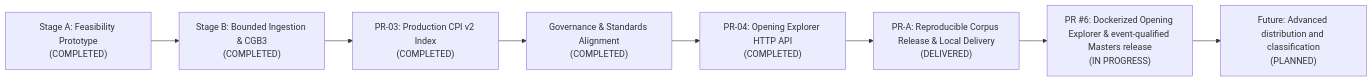
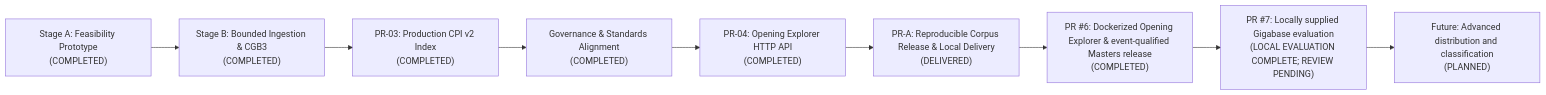
One commit to Nerver-zip/chess-database-api changed the diagram in docs/ROADMAP.md. Above: the diagram before and after it, drawn with Mermaid. The commit also changed other lines of this file and 45 other files, not shown here.

Commit message:
feat(corpus): add local Gigabase evaluation tooling

````diff
--- a/docs/ROADMAP.md
+++ b/docs/ROADMAP.md
@@ -15,10 +15,11 @@
 ```mermaid
 flowchart LR
     M1["Stage A: Feasibility Prototype<br/>(COMPLETED)"] --> M2["Stage B: Bounded Ingestion & CGB3<br/>(COMPLETED)"]
     M2 --> M3["PR-03: Production CPI v2 Index<br/>(COMPLETED)"]
     M3 --> M4["Governance & Standards Alignment<br/>(COMPLETED)"]
     M4 --> M5["PR-04: Opening Explorer HTTP API<br/>(COMPLETED)"]
     M5 --> M5b["PR-A: Reproducible Corpus Release & Local Delivery<br/>(DELIVERED)"]
-    M5b --> M5c["PR #6: Dockerized Opening Explorer & event-qualified Masters release<br/>(IN PROGRESS)"]
-    M5c --> M6["Future: Advanced distribution and classification<br/>(PLANNED)"]
+    M5b --> M5c["PR #6: Dockerized Opening Explorer & event-qualified Masters release<br/>(COMPLETED)"]
+    M5c --> M5d["PR #7: Locally supplied Gigabase evaluation<br/>(LOCAL EVALUATION COMPLETE; REVIEW PENDING)"]
+    M5d --> M6["Future: Advanced distribution and classification<br/>(PLANNED)"]
 ```
````
